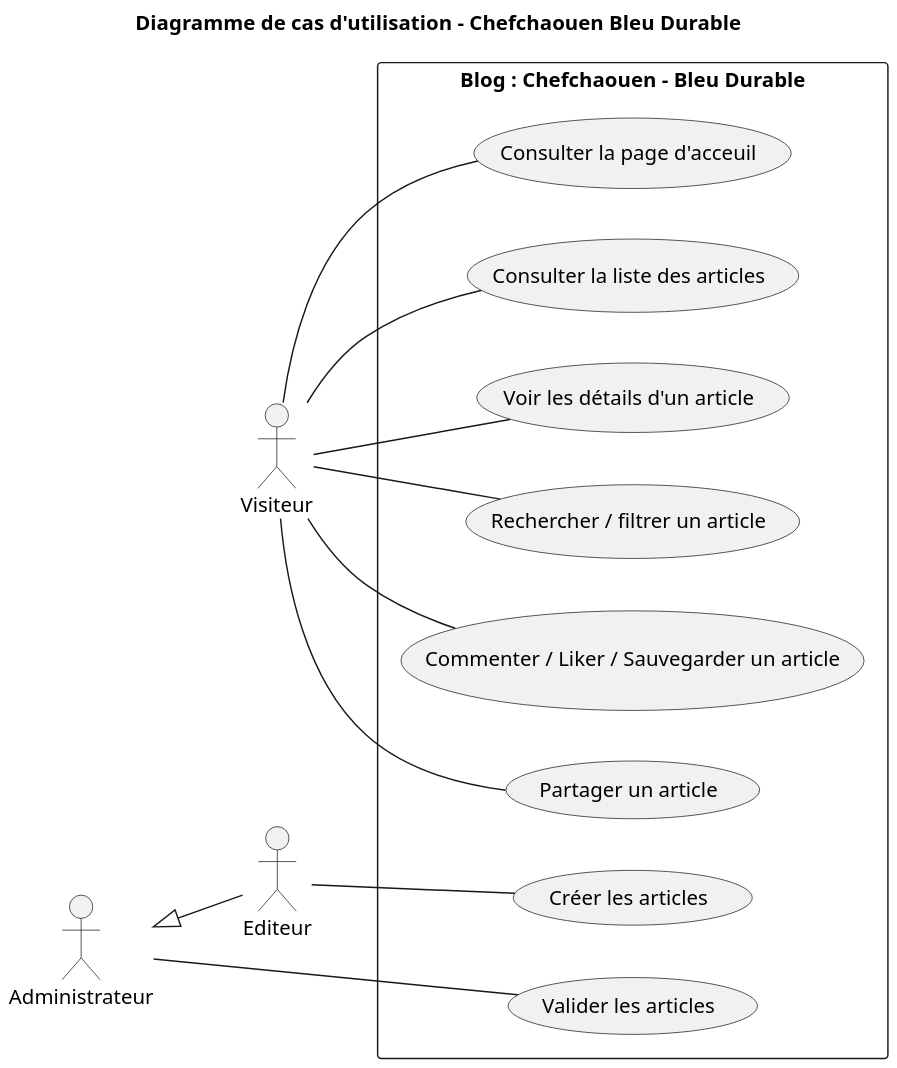
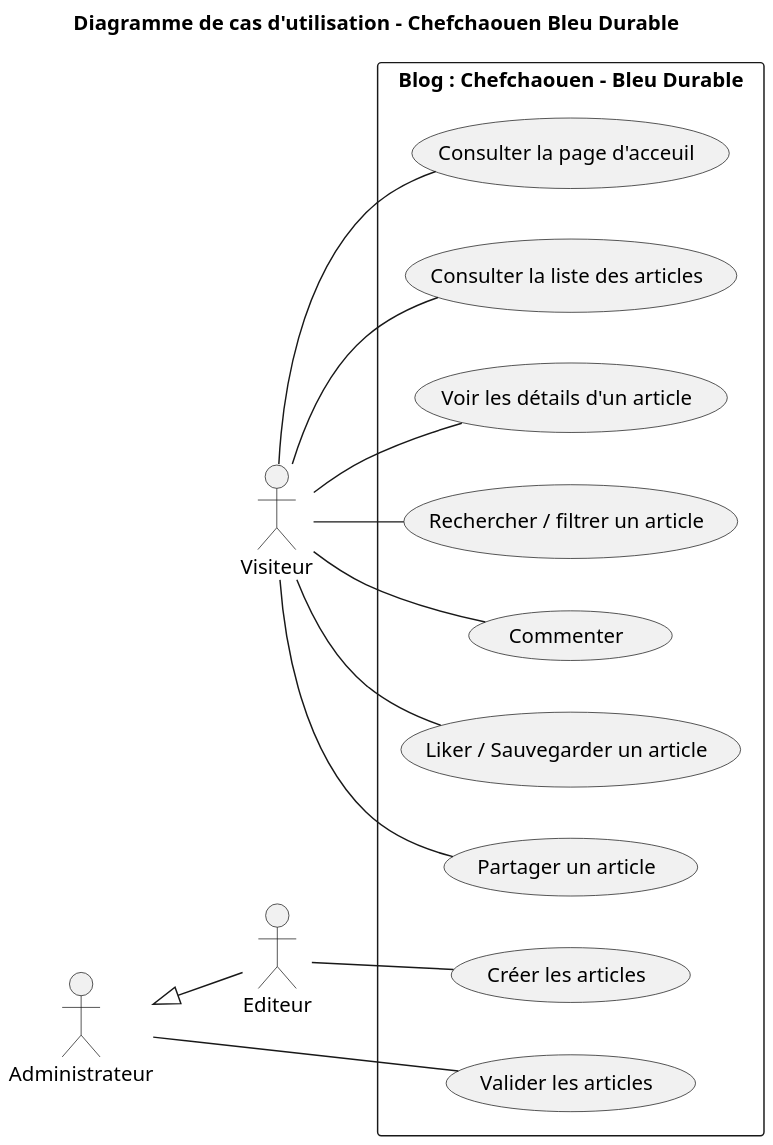
One commit to salma-dev123/analyse_besoin changed the diagram in fonctionnalités_principales/diagram_useCase.puml. Above: the diagram before and after it, drawn with PlantUML.

Commit message:
update use case diagram

```diff
--- a/fonctionnalités_principales/diagram_useCase.puml
+++ b/fonctionnalités_principales/diagram_useCase.puml
@@ -1,37 +1,39 @@
 @startuml
 left to right direction
 scale 1.8
 title Diagramme de cas d'utilisation - Chefchaouen Bleu Durable
 
 actor "Visiteur" as Visiteur
 actor "Administrateur" as Admin
 actor "Editeur" as Editeur
 
 Admin <|-- Editeur
 
 rectangle "Blog : Chefchaouen - Bleu Durable" {
   (Consulter la page d'acceuil) as UC1
   (Consulter la liste des articles) as UC2
   (Voir les détails d'un article) as UC3
   (Rechercher / filtrer un article) as UC4
-  (Commenter / Liker / Sauvegarder un article) as UC5
-  (Partager un article) as UC6
-  (Créer les articles) as UC7
-  (Valider les articles) as UC8
+  (Commenter) as UC5
+  (Liker / Sauvegarder un article) as UC6
+  (Partager un article) as UC7
+  (Créer les articles) as UC8
+  (Valider les articles) as UC9
 }
 
 ' Relations du Visiteur
 Visiteur -- UC1
 Visiteur -- UC2
 Visiteur -- UC3
 Visiteur -- UC4
 Visiteur -- UC5
 Visiteur -- UC6
+Visiteur -- UC7
 
 ' Relations de l'Editeur
-Editeur -- UC7
+Editeur -- UC8
 
 ' Relations de l'Administrateur
-Admin -- UC8
+Admin -- UC9
 
 @enduml
```
